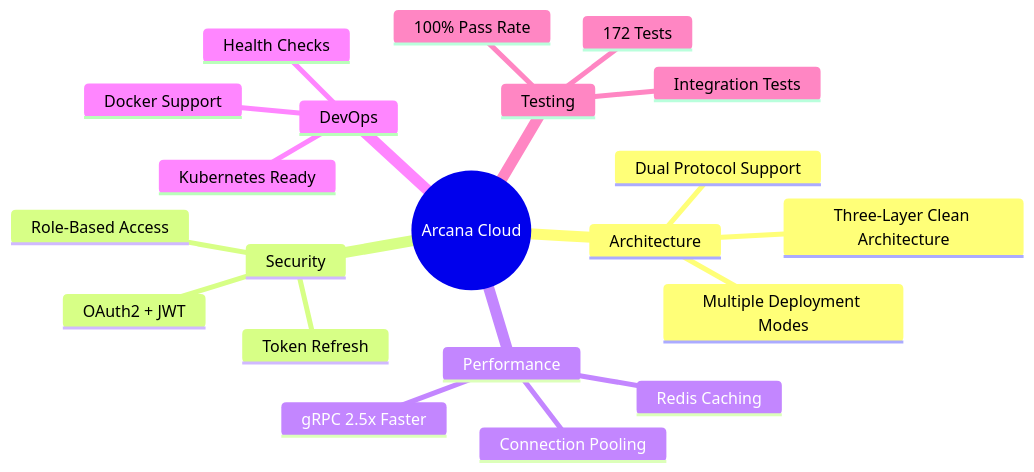
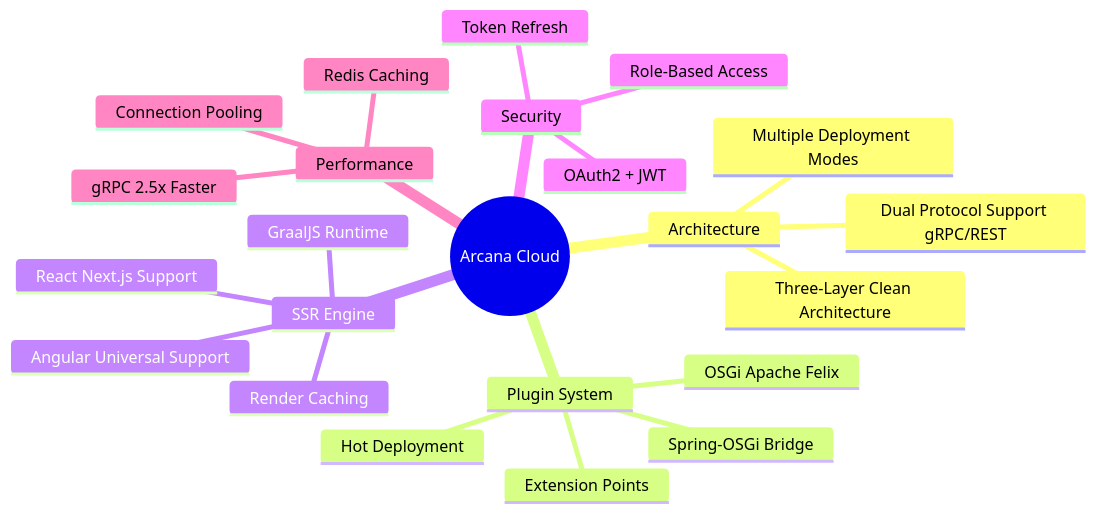
Before and after one commit to jrjohn/arcana-cloud-springboot: the second of 4 diagrams in README.md, drawn with Mermaid. The commit also changed other lines of this file and 104 other files, not shown here.

Commit message:
Implement OSGi Plugin

````diff
--- a/README.md
+++ b/README.md
@@ -93,24 +104,26 @@
 ```mermaid
 mindmap
   root((Arcana Cloud))
     Architecture
       Three-Layer Clean Architecture
-      Dual Protocol Support
+      Dual Protocol Support gRPC/REST
       Multiple Deployment Modes
+    Plugin System
+      OSGi Apache Felix
+      Hot Deployment
+      Extension Points
+      Spring-OSGi Bridge
+    SSR Engine
+      GraalJS Runtime
+      React Next.js Support
+      Angular Universal Support
+      Render Caching
     Security
       OAuth2 + JWT
       Role-Based Access
       Token Refresh
     Performance
       gRPC 2.5x Faster
       Redis Caching
       Connection Pooling
-    DevOps
-      Docker Support
-      Kubernetes Ready
-      Health Checks
-    Testing
-      172 Tests
-      100% Pass Rate
-      Integration Tests
 ```
````
